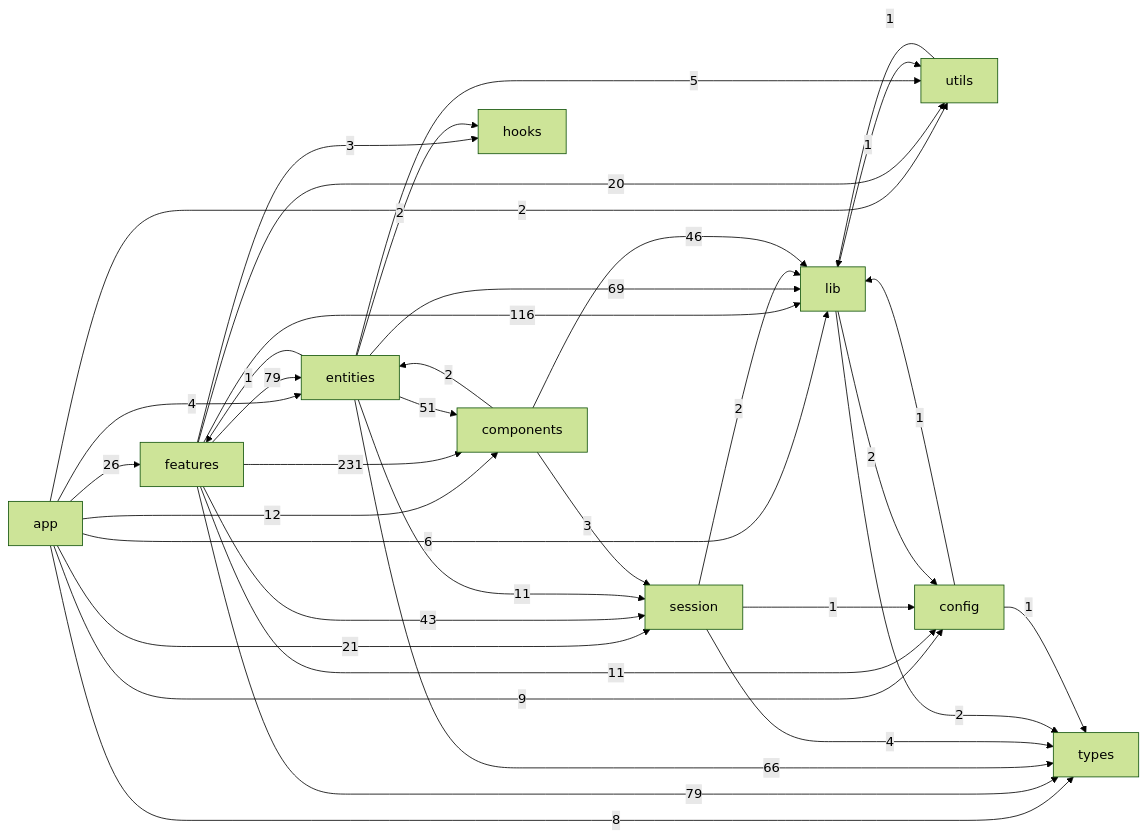
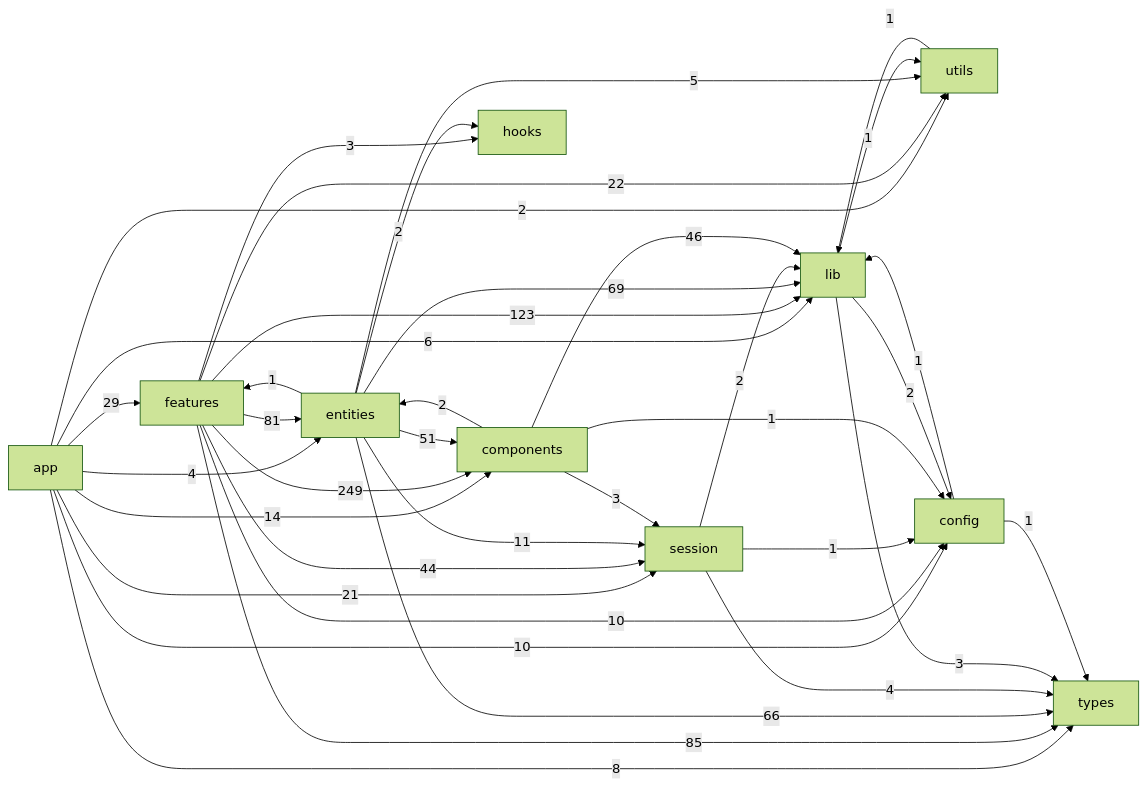
The diagram in lms_frontend/docs/generated/feature-dependency-graph.md (JohnnyZhao2/LMS), drawn with Mermaid (forest theme) before and after one commit. The commit also changed other lines of this file and 33 other files, not shown here.

````diff
--- a/lms_frontend/docs/generated/feature-dependency-graph.md
+++ b/lms_frontend/docs/generated/feature-dependency-graph.md
@@ -7,48 +7,49 @@
 ```mermaid
 flowchart LR
   app["app"]
   features["features"]
   entities["entities"]
   session["session"]
   components["components"]
   hooks["hooks"]
   lib["lib"]
   utils["utils"]
   config["config"]
   types["types"]
-  app -->|26| features
+  app -->|29| features
   app -->|4| entities
   app -->|21| session
-  app -->|12| components
+  app -->|14| components
   app -->|6| lib
   app -->|2| utils
-  app -->|9| config
+  app -->|10| config
   app -->|8| types
-  features -->|79| entities
-  features -->|43| session
-  features -->|231| components
+  features -->|81| entities
+  features -->|44| session
+  features -->|249| components
   features -->|3| hooks
-  features -->|116| lib
-  features -->|20| utils
-  features -->|11| config
-  features -->|79| types
+  features -->|123| lib
+  features -->|22| utils
+  features -->|10| config
+  features -->|85| types
   entities -->|1| features
   entities -->|11| session
   entities -->|51| components
   entities -->|2| hooks
   entities -->|69| lib
   entities -->|5| utils
   entities -->|66| types
   session -->|2| lib
   session -->|1| config
   session -->|4| types
   components -->|2| entities
   components -->|3| session
   components -->|46| lib
+  components -->|1| config
   lib -->|1| utils
   lib -->|2| config
-  lib -->|2| types
+  lib -->|3| types
   utils -->|1| lib
   config -->|1| lib
   config -->|1| types
 ```
````
